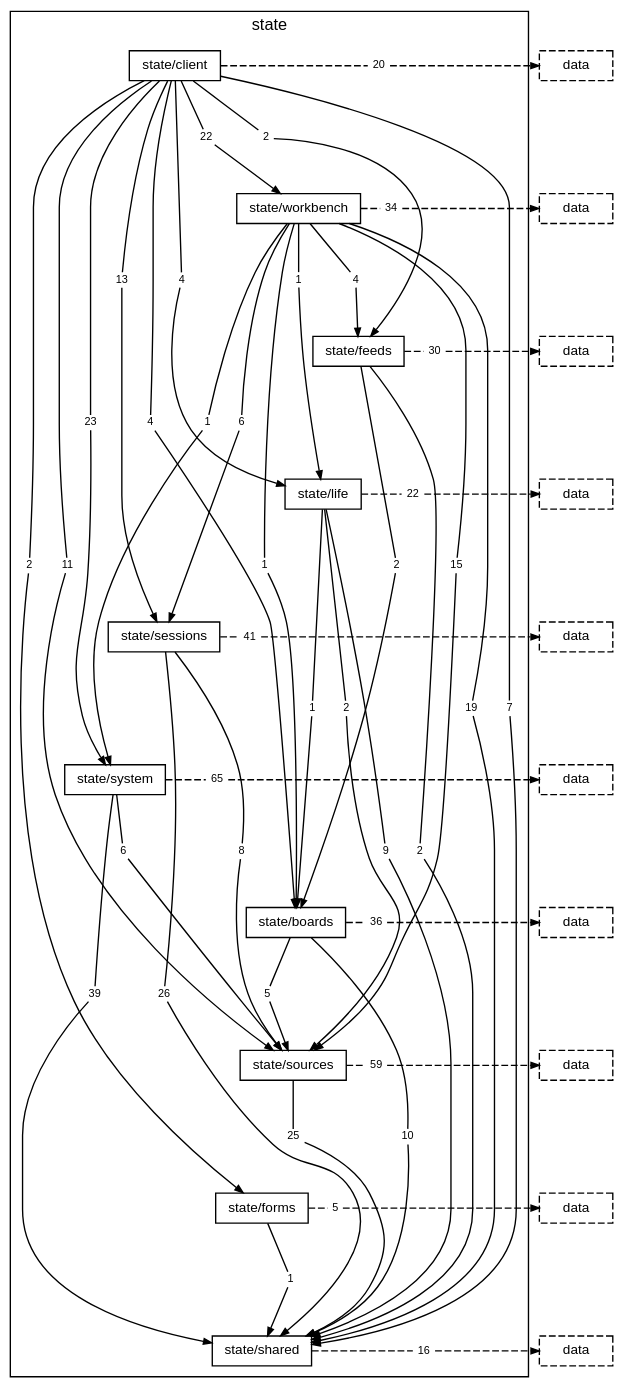
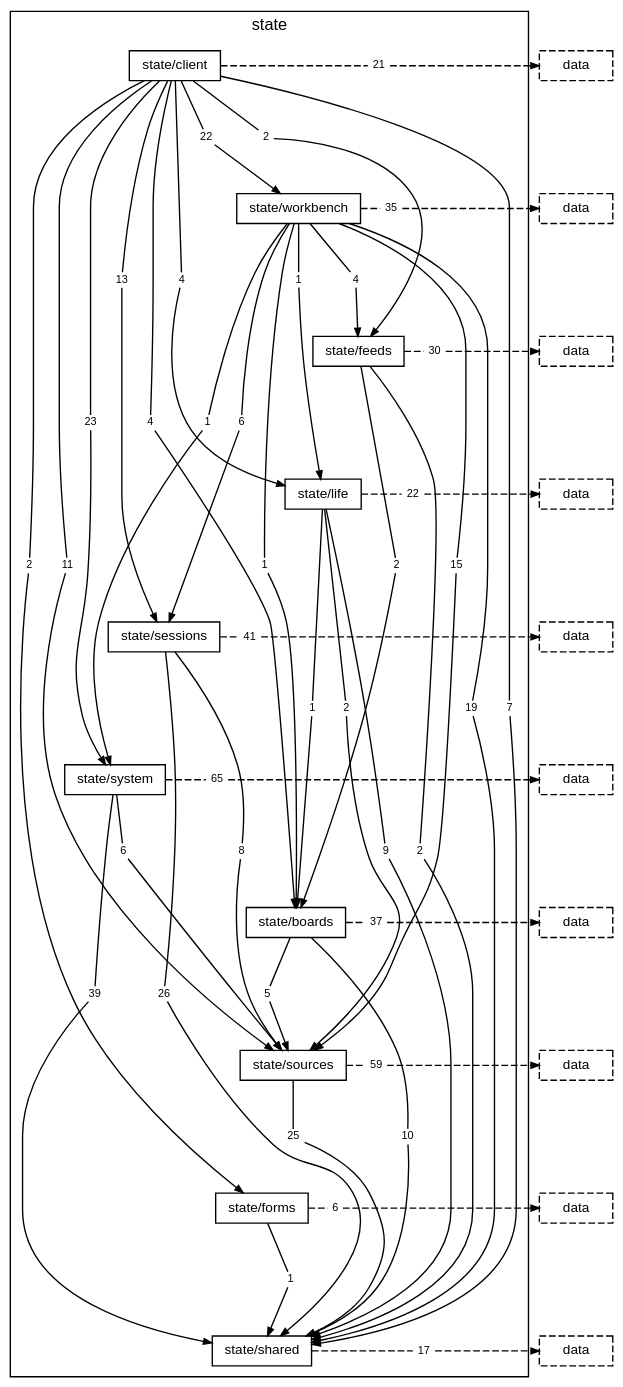
Before and after one commit to TheAxeC/oculus: the diagram in docs/diagrams/layer-state.dot, drawn with Graphviz. The commit also changed 144 other files, not shown here.

```diff
--- a/docs/diagrams/layer-state.dot
+++ b/docs/diagrams/layer-state.dot
@@ -23,7 +23,7 @@
         "folder state/client to folder state/sources" [label="11", shape=box, color="transparent", fontsize=8, width=0, height=0, margin="0.04,0.02"];
         "folder state/client to folder state/system" [label="23", shape=box, color="transparent", fontsize=8, width=0, height=0, margin="0.04,0.02"];
         "folder state/client to folder state/workbench" [label="22", shape=box, color="transparent", fontsize=8, width=0, height=0, margin="0.04,0.02"];
-        "folder state/client to layer data" [label="20", shape=box, color="transparent", fontsize=8, width=0, height=0, margin="0.04,0.02"];
+        "folder state/client to layer data" [label="21", shape=box, color="transparent", fontsize=8, width=0, height=0, margin="0.04,0.02"];
         "folder state/workbench to folder state/boards" [label="1", shape=box, color="transparent", fontsize=8, width=0, height=0, margin="0.04,0.02"];
         "folder state/workbench to folder state/feeds" [label="4", shape=box, color="transparent", fontsize=8, width=0, height=0, margin="0.04,0.02"];
         "folder state/workbench to folder state/life" [label="1", shape=box, color="transparent", fontsize=8, width=0, height=0, margin="0.04,0.02"];
@@ -31,7 +31,7 @@
         "folder state/workbench to folder state/shared" [label="19", shape=box, color="transparent", fontsize=8, width=0, height=0, margin="0.04,0.02"];
         "folder state/workbench to folder state/sources" [label="15", shape=box, color="transparent", fontsize=8, width=0, height=0, margin="0.04,0.02"];
         "folder state/workbench to folder state/system" [label="1", shape=box, color="transparent", fontsize=8, width=0, height=0, margin="0.04,0.02"];
-        "folder state/workbench to layer data" [label="34", shape=box, color="transparent", fontsize=8, width=0, height=0, margin="0.04,0.02"];
+        "folder state/workbench to layer data" [label="35", shape=box, color="transparent", fontsize=8, width=0, height=0, margin="0.04,0.02"];
         "folder state/feeds to folder state/boards" [label="2", shape=box, color="transparent", fontsize=8, width=0, height=0, margin="0.04,0.02"];
         "folder state/feeds to folder state/shared" [label="2", shape=box, color="transparent", fontsize=8, width=0, height=0, margin="0.04,0.02"];
         "folder state/feeds to layer data" [label="30", shape=box, color="transparent", fontsize=8, width=0, height=0, margin="0.04,0.02"];
@@ -47,12 +47,12 @@
         "folder state/system to layer data" [label="65", shape=box, color="transparent", fontsize=8, width=0, height=0, margin="0.04,0.02"];
         "folder state/boards to folder state/shared" [label="10", shape=box, color="transparent", fontsize=8, width=0, height=0, margin="0.04,0.02"];
         "folder state/boards to folder state/sources" [label="5", shape=box, color="transparent", fontsize=8, width=0, height=0, margin="0.04,0.02"];
-        "folder state/boards to layer data" [label="36", shape=box, color="transparent", fontsize=8, width=0, height=0, margin="0.04,0.02"];
+        "folder state/boards to layer data" [label="37", shape=box, color="transparent", fontsize=8, width=0, height=0, margin="0.04,0.02"];
         "folder state/sources to folder state/shared" [label="25", shape=box, color="transparent", fontsize=8, width=0, height=0, margin="0.04,0.02"];
         "folder state/sources to layer data" [label="59", shape=box, color="transparent", fontsize=8, width=0, height=0, margin="0.04,0.02"];
         "folder state/forms to folder state/shared" [label="1", shape=box, color="transparent", fontsize=8, width=0, height=0, margin="0.04,0.02"];
-        "folder state/forms to layer data" [label="5", shape=box, color="transparent", fontsize=8, width=0, height=0, margin="0.04,0.02"];
-        "folder state/shared to layer data" [label="16", shape=box, color="transparent", fontsize=8, width=0, height=0, margin="0.04,0.02"];
+        "folder state/forms to layer data" [label="6", shape=box, color="transparent", fontsize=8, width=0, height=0, margin="0.04,0.02"];
+        "folder state/shared to layer data" [label="17", shape=box, color="transparent", fontsize=8, width=0, height=0, margin="0.04,0.02"];
     }
     "layer data from folder state/client" [label="data", style=dashed];
     "layer data from folder state/workbench" [label="data", style=dashed];
```
